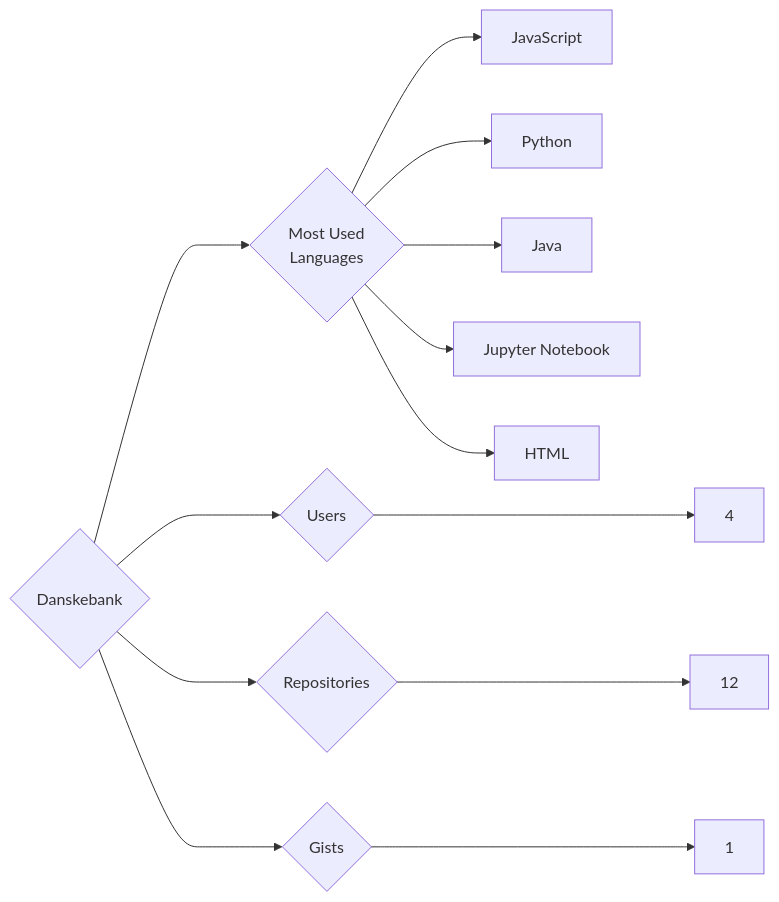
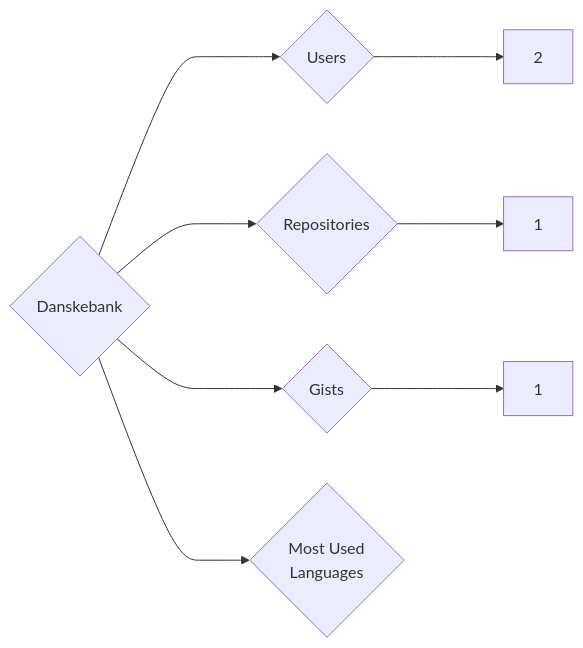
The diagram in targets/Danskebank/README.md (trickest/insiders), drawn with Mermaid before and after one commit. The commit also changed 1212 other files, not shown here.

````diff
--- a/targets/Danskebank/README.md
+++ b/targets/Danskebank/README.md
@@ -3,13 +3,8 @@
 ```mermaid
 graph LR
 COMPANY_NAME{Danskebank}
-COMPANY_NAME ---> U{Users} ---> UN[4]
-COMPANY_NAME ---> R{Repositories} ---> RN[12]
+COMPANY_NAME ---> U{Users} ---> UN[2]
+COMPANY_NAME ---> R{Repositories} ---> RN[1]
 COMPANY_NAME ---> G{Gists} ---> GN[1]
 COMPANY_NAME ---> ML{Most Used<br>Languages}
-ML --> JavaScript[JavaScript]
-ML --> Python[Python]
-ML --> Java[Java]
-ML --> Jupyter_Notebook[Jupyter Notebook]
-ML --> HTML[HTML]
 ```
````
